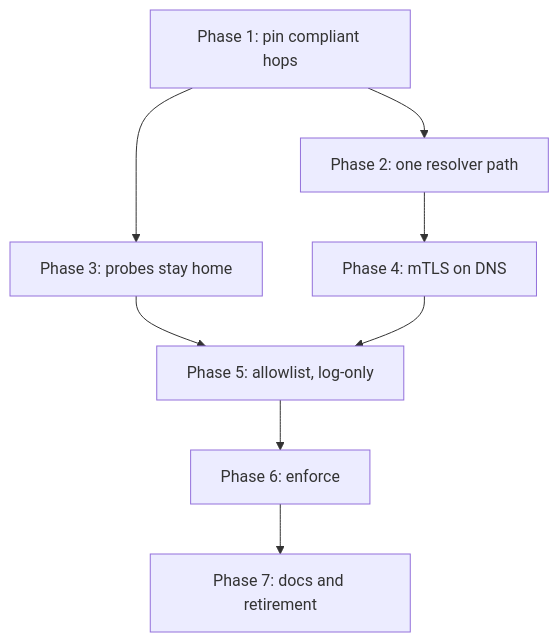
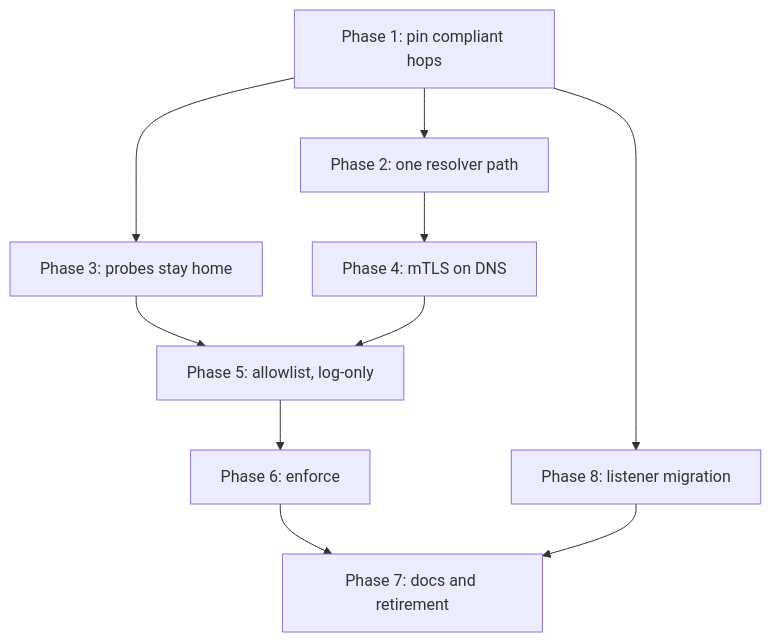
One commit to categoricalcat/nixos changed the second of 2 diagrams in docs/src/plans/inter-host-mtls-plan.md. Above: the diagram before and after it, drawn with Mermaid. The commit also changed other lines of this file and 49 other files, not shown here.

````diff
--- a/docs/src/plans/inter-host-mtls-plan.md
+++ b/docs/src/plans/inter-host-mtls-plan.md
@@ -384,18 +502,21 @@
 ```mermaid
 flowchart TD
     p1["Phase 1: pin compliant hops"]
     p2["Phase 2: one resolver path"]
     p3["Phase 3: probes stay home"]
     p4["Phase 4: mTLS on DNS"]
     p5["Phase 5: allowlist, log-only"]
     p6["Phase 6: enforce"]
     p7["Phase 7: docs and retirement"]
+    p8["Phase 8: listener migration"]
 
     p1 --> p2
     p1 --> p3
+    p1 --> p8
     p2 --> p4
     p3 --> p5
     p4 --> p5
     p5 --> p6
     p6 --> p7
+    p8 --> p7
 ```
````
